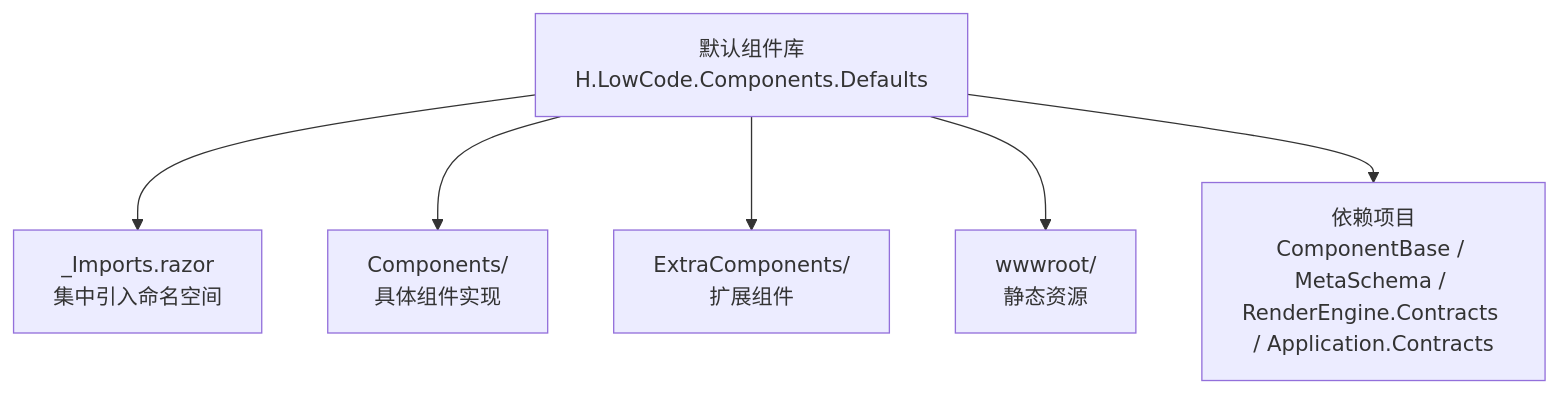
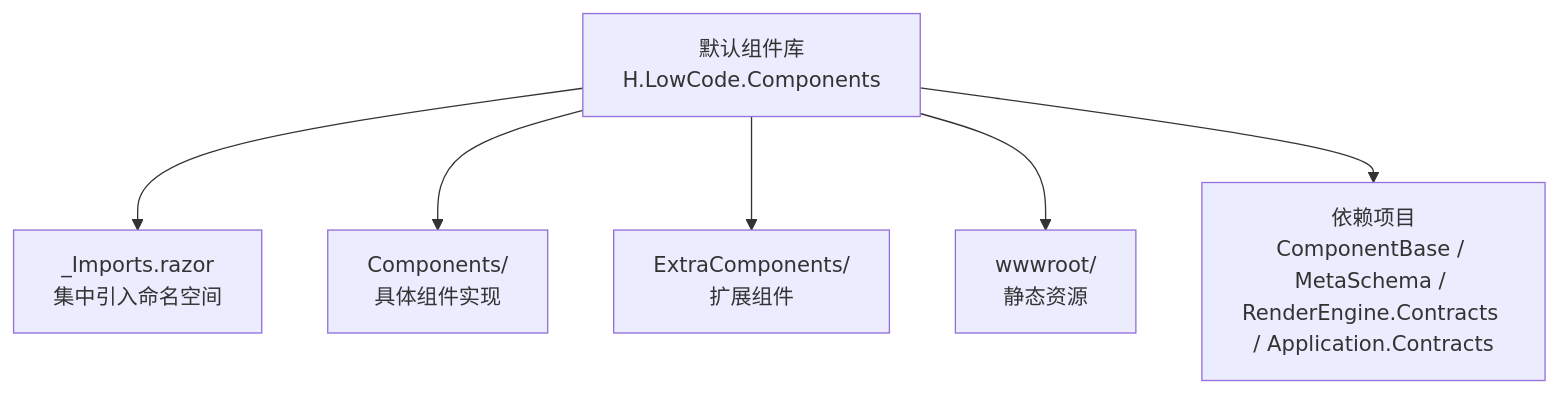
One commit to openlowcodelab/lowcode changed the first of 3 diagrams in .qoder/repowiki/zh/content/低代码引擎/组件系统/默认组件库/默认组件库.md. Above: the diagram before and after it, drawn with Mermaid. The commit also changed other lines of this file and 90 other files, not shown here.

Commit message:
[LowCode] 组件库重命名

````diff
--- a/.qoder/repowiki/zh/content/低代码引擎/组件系统/默认组件库/默认组件库.md
+++ b/.qoder/repowiki/zh/content/低代码引擎/组件系统/默认组件库/默认组件库.md
@@ -28,8 +28,8 @@
 ```mermaid
 graph TB
-A["默认组件库<br/>H.LowCode.Components.Defaults"] --> B["_Imports.razor<br/>集中引入命名空间"]
+A["默认组件库<br/>H.LowCode.Components"] --> B["_Imports.razor<br/>集中引入命名空间"]
 A --> C["Components/<br/>具体组件实现"]
 A --> D["ExtraComponents/<br/>扩展组件"]
 A --> E["wwwroot/<br/>静态资源"]
 A --> F["依赖项目<br/>ComponentBase / MetaSchema / RenderEngine.Contracts / Application.Contracts"]
 ```
````
